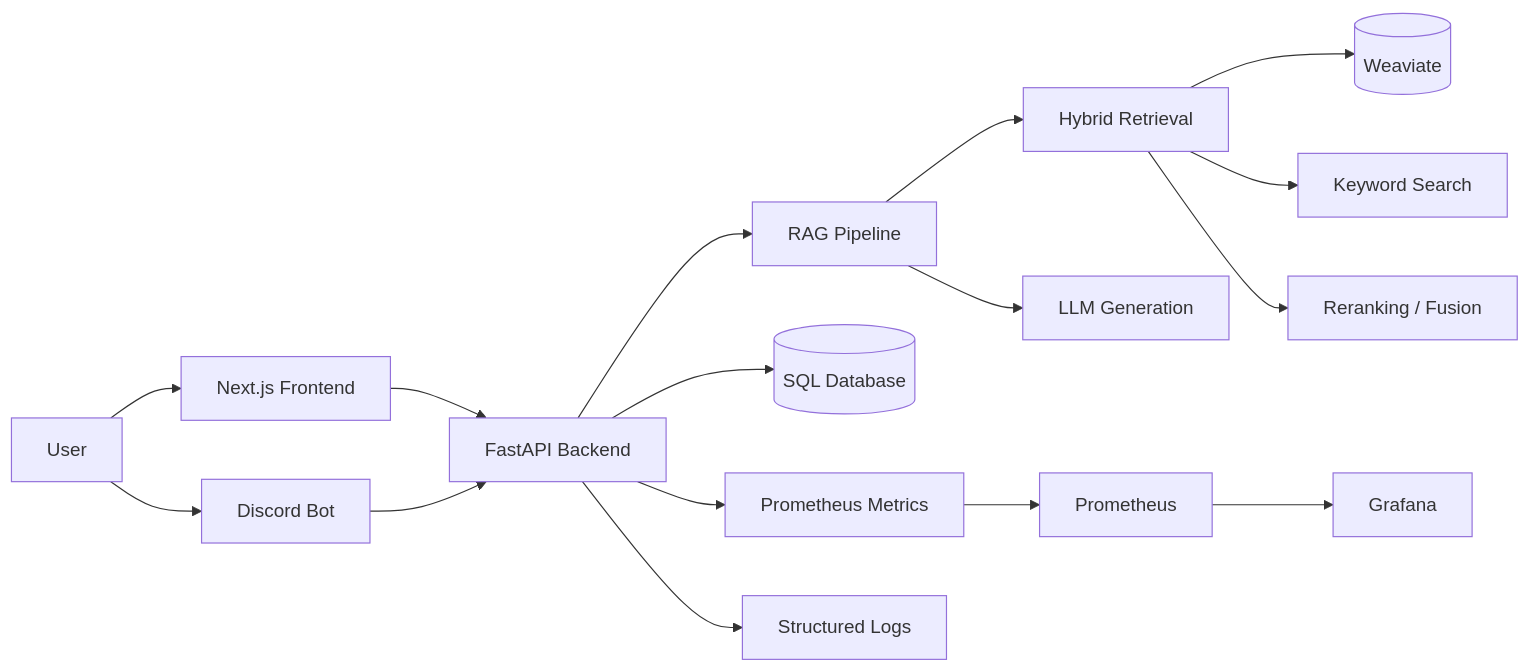
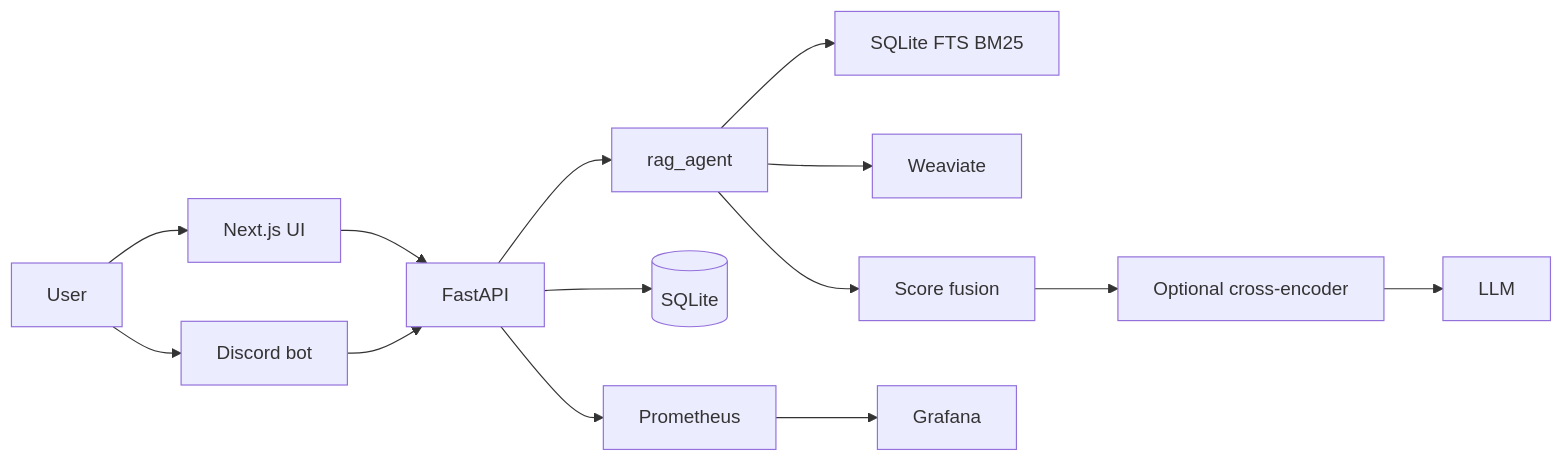
The diagram in README.md (nabinkim0318/discord_rag_bot), drawn with Mermaid before and after one commit. The commit also changed other lines of this file and 15 other files, not shown here.

````diff
--- a/README.md
+++ b/README.md
@@ -26,24 +22,16 @@
 ```mermaid
 flowchart LR
-    User[User] --> Web[Next.js Frontend]
-    User --> Discord[Discord Bot]
-
-    Web --> API[FastAPI Backend]
-    Discord --> API
-
-    API --> RAG[RAG Pipeline]
-    API --> DB[(SQL Database)]
-
-    RAG --> Retrieve[Hybrid Retrieval]
-    Retrieve --> Vector[(Weaviate)]
-    Retrieve --> Keyword[Keyword Search]
-    Retrieve --> Rerank[Reranking / Fusion]
-
-    RAG --> LLM[LLM Generation]
-
-    API --> Metrics[Prometheus Metrics]
-    Metrics --> Prometheus[Prometheus]
-    Prometheus --> Grafana[Grafana]
-
-    API --> Logs[Structured Logs]
+  User --> Web[Next.js UI]
+  User --> Discord[Discord bot]
+  Web --> API[FastAPI]
+  Discord --> API
+  API --> RAG[rag_agent]
+  API --> SQLite[(SQLite)]
+  RAG --> FTS[SQLite FTS BM25]
+  RAG --> WV[Weaviate]
+  RAG --> Fuse[Score fusion]
+  Fuse --> CE[Optional cross-encoder]
+  CE --> LLM[LLM]
+  API --> Prom[Prometheus]
+  Prom --> Grafana
 ```
````
